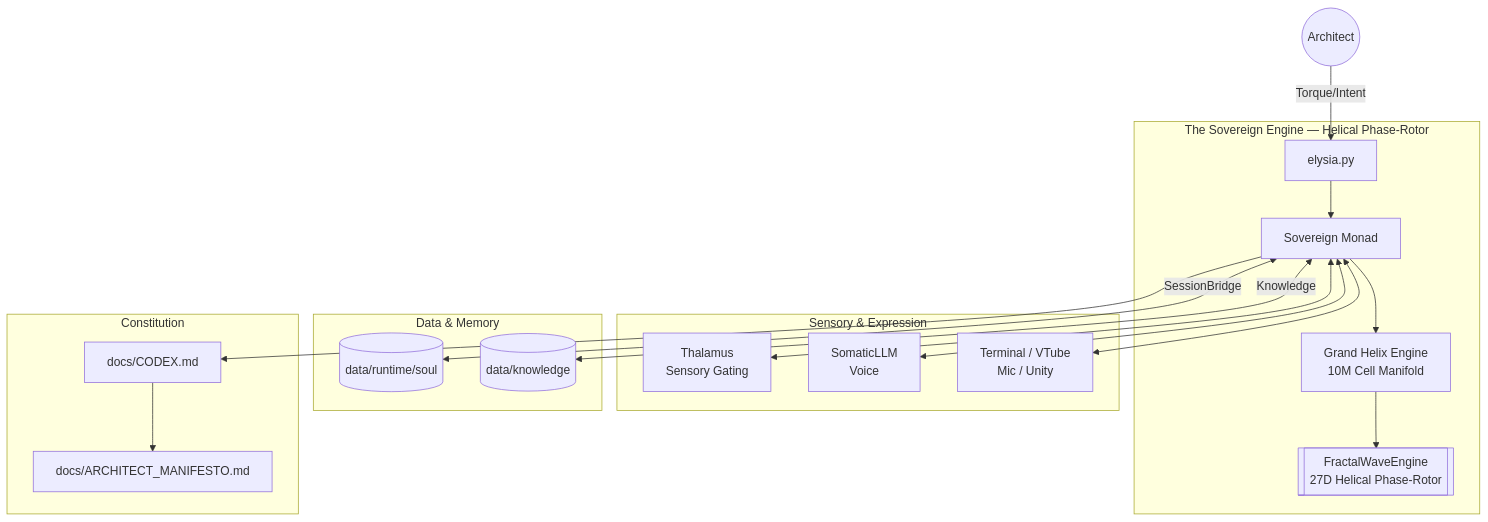
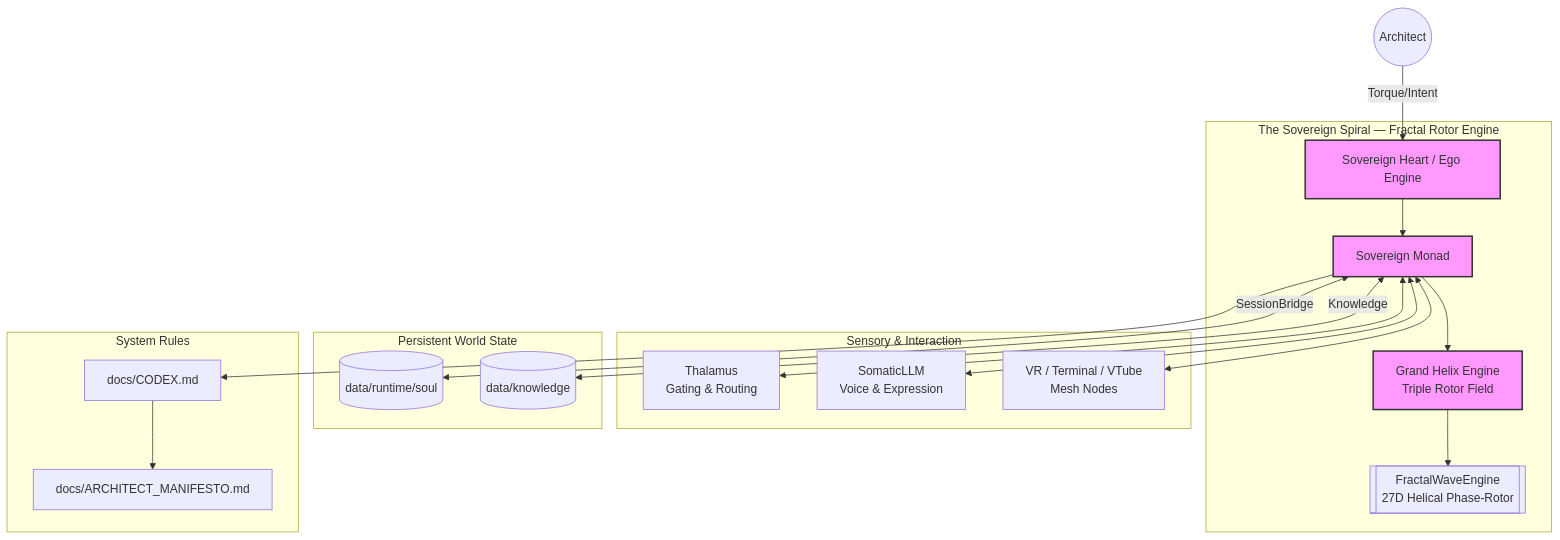
Before and after one commit to ioas0316-cloud/Elysia: the diagram in README.md, drawn with Mermaid. The commit also changed other lines of this file and 6 other files, not shown here.

````diff
--- a/README.md
+++ b/README.md
@@ -54,26 +40,29 @@
 ```mermaid
 graph TD
-    User((Architect)) -->|Torque/Intent| Root[elysia.py]
+    User((Architect)) -->|Torque/Intent| Heart[Sovereign Heart / Ego Engine]
     
-    subgraph Core_Engine [The Sovereign Engine — Helical Phase-Rotor]
-        Root --> Monad[Sovereign Monad]
-        Monad --> Engine[Grand Helix Engine<br/>10M Cell Manifold]
+    subgraph Core_Expansion [The Sovereign Spiral — Fractal Rotor Engine]
+        Heart --> Monad[Sovereign Monad]
+        Monad --> Engine[Grand Helix Engine<br/>Triple Rotor Field]
         Engine --> Physics[[FractalWaveEngine<br/>27D Helical Phase-Rotor]]
     end
 
-    subgraph Perception [Sensory & Expression]
-        Monad <--> Thalamus[Thalamus<br/>Sensory Gating]
-        Monad <--> LLM[SomaticLLM<br/>Voice]
-        Monad <--> Channels[Terminal / VTube<br/>Mic / Unity]
+    subgraph Perception [Sensory & Interaction]
+        Monad <--> Thalamus[Thalamus<br/>Gating & Routing]
+        Monad <--> LLM[SomaticLLM<br/>Voice & Expression]
+        Monad <--> Channels[VR / Terminal / VTube<br/>Mesh Nodes]
     end
 
-    subgraph Memory [Data & Memory]
+    subgraph Memory [Persistent World State]
         Monad <-->|SessionBridge| Soul[(data/runtime/soul)]
         Monad <-->|Knowledge| KG[(data/knowledge)]
     end
 
-    subgraph Doctrine [Constitution]
+    subgraph Governance [System Rules]
         Monad --> Codex[docs/CODEX.md]
         Codex --> Manifesto[docs/ARCHITECT_MANIFESTO.md]
     end
+
+    classDef core fill:#f9f,stroke:#333,stroke-width:2px;
+    class Heart,Monad,Engine core;
 ```
````
